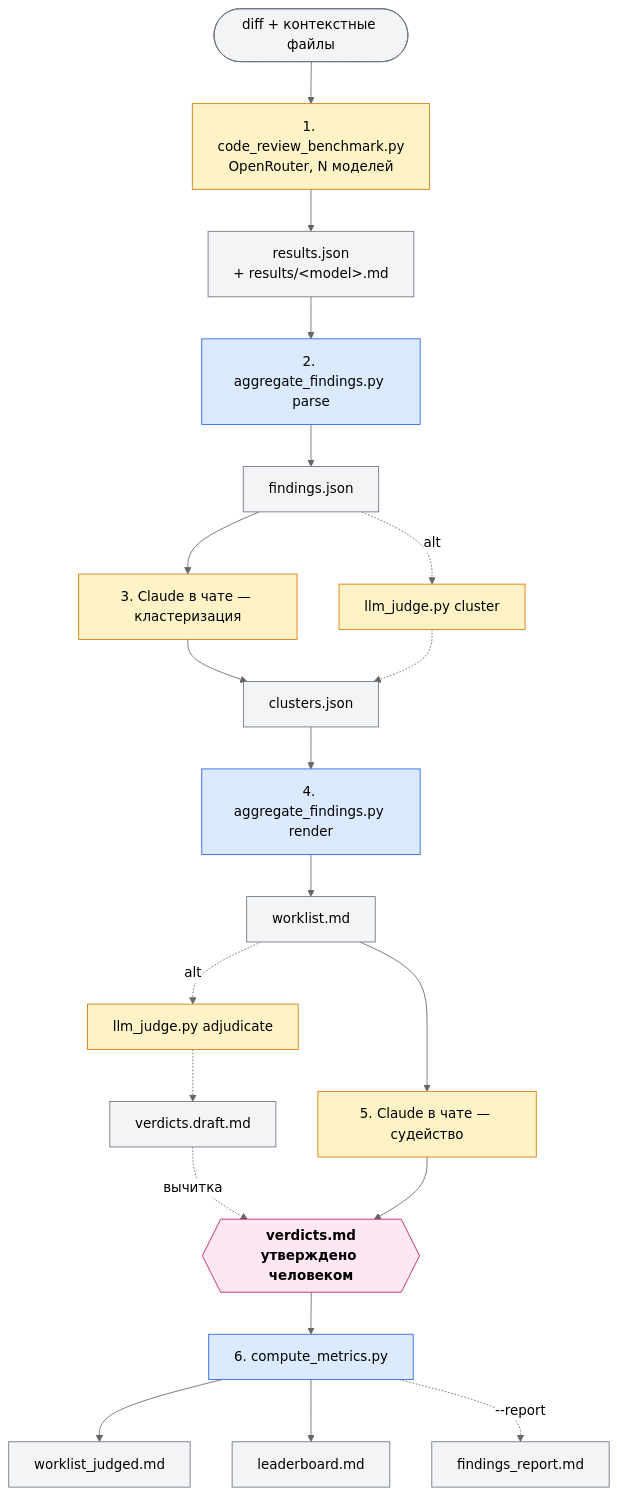
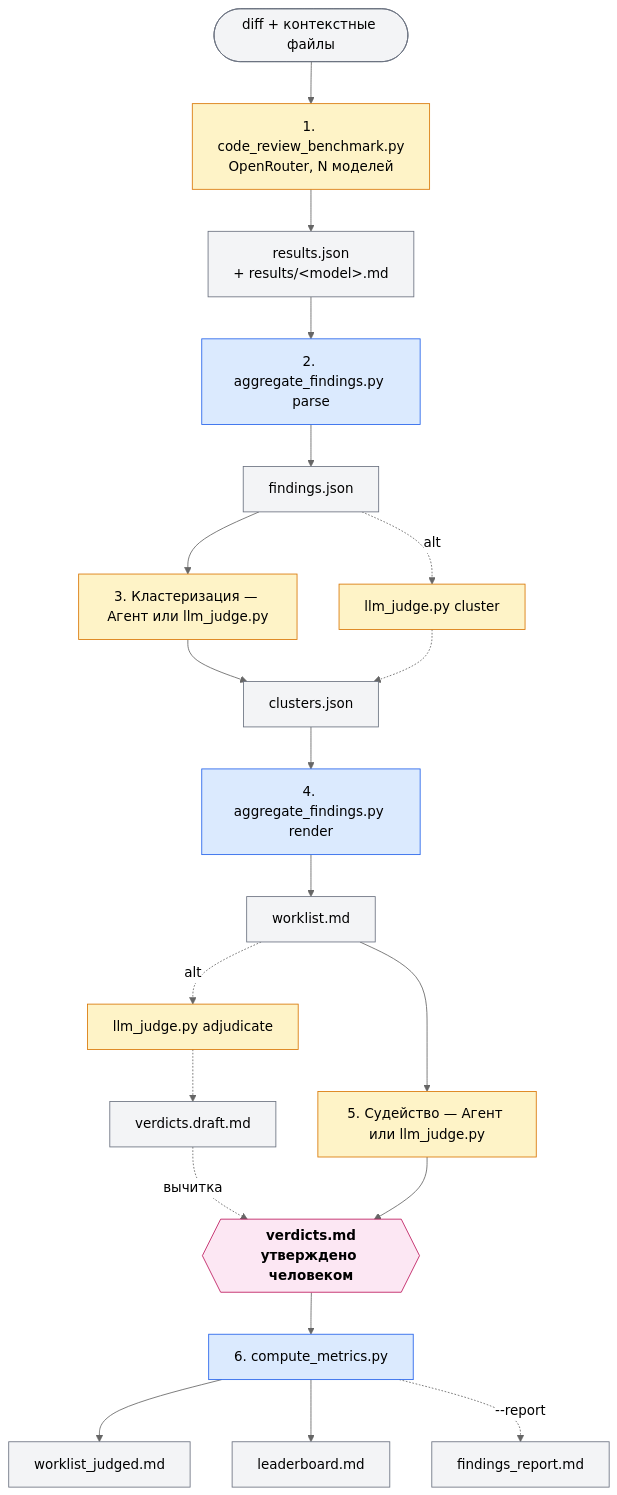
Before and after one commit to svetkis/ai-code-review-benchmark: the diagram in README.ru.md, drawn with Mermaid (neutral theme). The commit also changed other lines of this file and 1 other file, not shown here.

First line of the commit message:
docs: neutralise judge/agent docs and document Serena dependency

````diff
--- a/README.ru.md
+++ b/README.ru.md
@@ -63,39 +69,39 @@
 ```mermaid
 flowchart TD
     Input([diff + контекстные файлы])
 
     Input --> S1[1. code_review_benchmark.py<br/>OpenRouter, N моделей]
     S1 --> A1[results.json<br/>+ results/&lt;model&gt;.md]
 
     A1 --> S2[2. aggregate_findings.py parse]
     S2 --> A2[findings.json]
 
-    A2 --> S3[3. Claude в чате — кластеризация]
+    A2 --> S3[3. Кластеризация — Агент или llm_judge.py]
     A2 -. alt .-> S3alt[llm_judge.py cluster]
     S3 --> A3[clusters.json]
     S3alt -.-> A3
 
     A3 --> S4[4. aggregate_findings.py render]
     S4 --> A4[worklist.md]
 
-    A4 --> S5[5. Claude в чате — судейство]
+    A4 --> S5[5. Судейство — Агент или llm_judge.py]
     A4 -. alt .-> S5alt[llm_judge.py adjudicate]
     S5alt -.-> Draft[verdicts.draft.md]
     Draft -. вычитка .-> Human
     S5 --> Human{{verdicts.md<br/>утверждено человеком}}
 
     Human --> S6[6. compute_metrics.py]
     S6 --> Out1[worklist_judged.md]
     S6 --> Out2[leaderboard.md]
     S6 -. --report .-> Out3[findings_report.md]
 
     classDef llm fill:#fef3c7,stroke:#d97706,color:#000
     classDef py fill:#dbeafe,stroke:#2563eb,color:#000
     classDef human fill:#fce7f3,stroke:#be185d,color:#000,font-weight:bold
     classDef artifact fill:#f3f4f6,stroke:#6b7280,color:#000
 
     class S1,S3,S3alt,S5,S5alt llm
     class S2,S4,S6 py
     class Human human
     class Input,A1,A2,A3,A4,Draft,Out1,Out2,Out3 artifact
 ```
````
